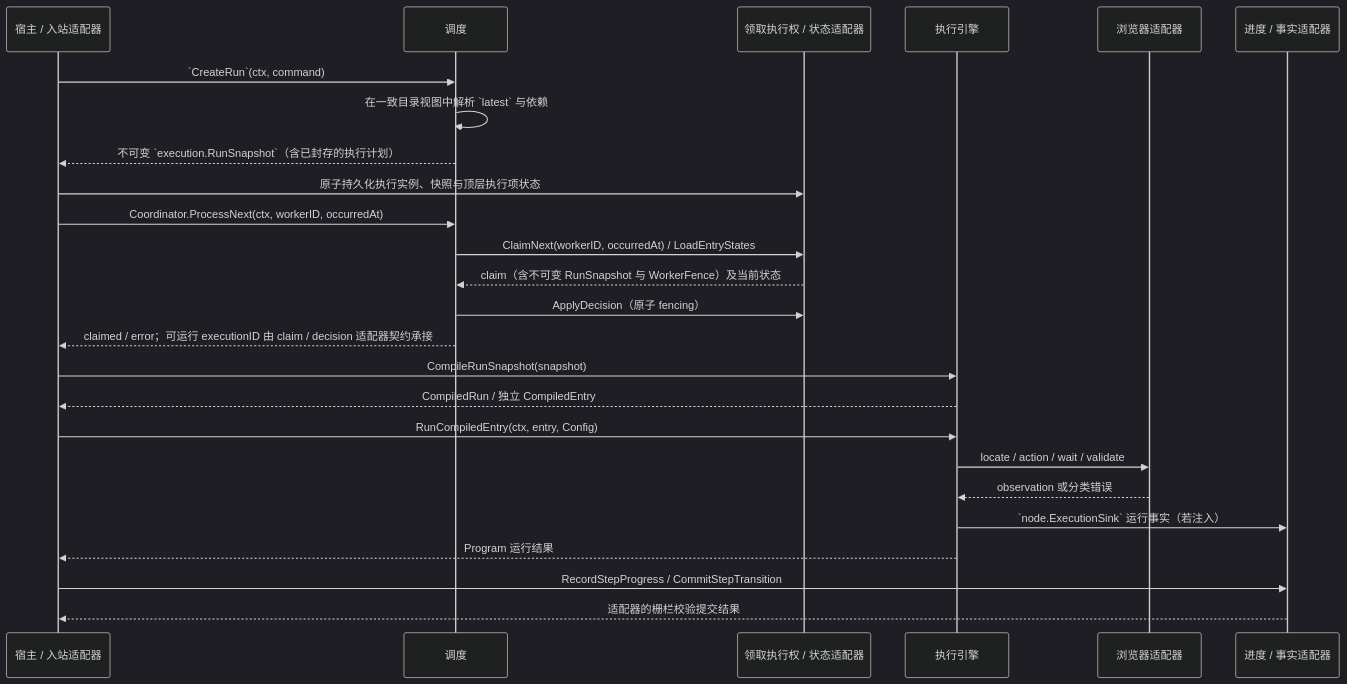
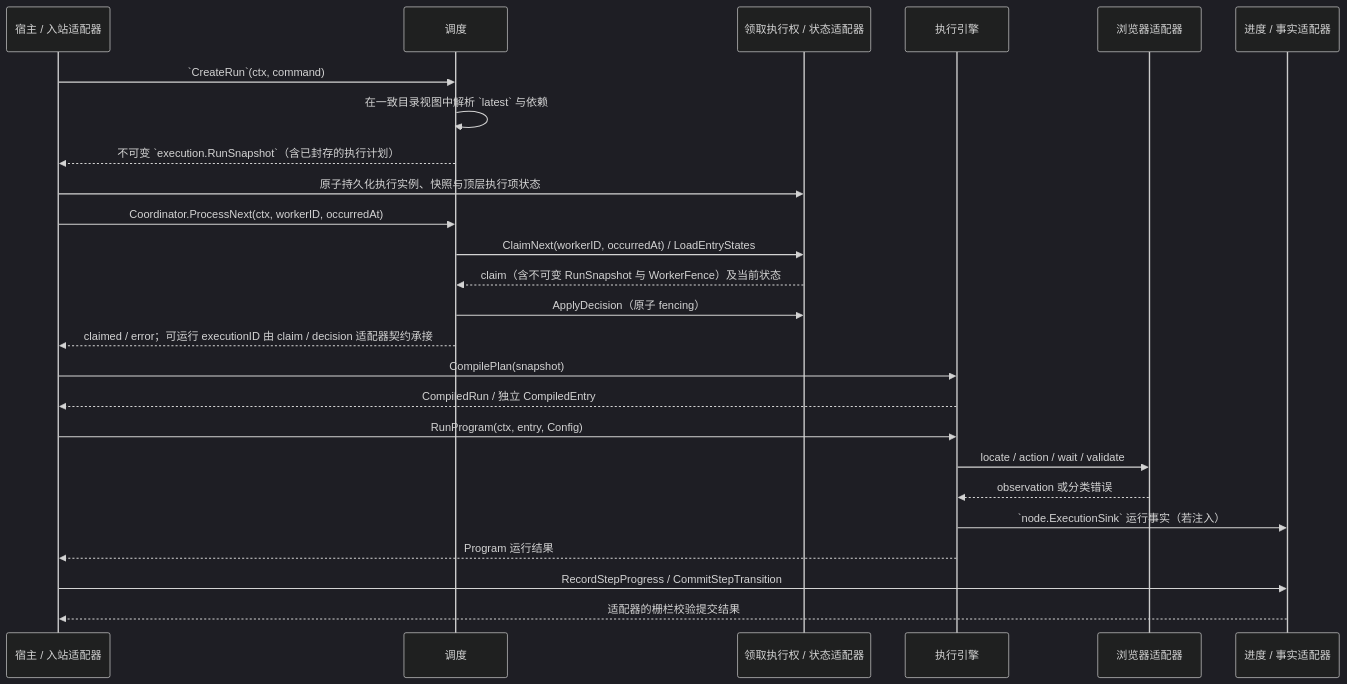
The second of 2 diagrams in README.md (Capsule7446/healix-core), drawn with Mermaid (dark theme) before and after one commit. The commit also changed other lines of this file and 119 other files, not shown here.

````diff
--- a/README.md
+++ b/README.md
@@ -110,28 +110,28 @@
 ```mermaid
 sequenceDiagram
   participant H as 宿主 / 入站适配器
   participant S as 调度
   participant Q as 领取执行权 / 状态适配器
   participant E as 执行引擎
   participant B as 浏览器适配器
   participant F as 进度 / 事实适配器
 
   H->>S: `CreateRun`(ctx, command)
   S->>S: 在一致目录视图中解析 `latest` 与依赖
   S-->>H: 不可变 `execution.RunSnapshot`（含已封存的执行计划）
   H->>Q: 原子持久化执行实例、快照与顶层执行项状态
   H->>S: Coordinator.ProcessNext(ctx, workerID, occurredAt)
   S->>Q: ClaimNext(workerID, occurredAt) / LoadEntryStates
   Q-->>S: claim（含不可变 RunSnapshot 与 WorkerFence）及当前状态
   S->>Q: ApplyDecision（原子 fencing）
   S-->>H: claimed / error；可运行 executionID 由 claim / decision 适配器契约承接
-  H->>E: CompileRunSnapshot(snapshot)
+  H->>E: CompilePlan(snapshot)
   E-->>H: CompiledRun / 独立 CompiledEntry
-  H->>E: RunCompiledEntry(ctx, entry, Config)
+  H->>E: RunProgram(ctx, entry, Config)
   E->>B: locate / action / wait / validate
   B-->>E: observation 或分类错误
   E->>F: `node.ExecutionSink` 运行事实（若注入）
   E-->>H: Program 运行结果
   H->>F: RecordStepProgress / CommitStepTransition
   F-->>H: 适配器的栅栏校验提交结果
 ```
````
